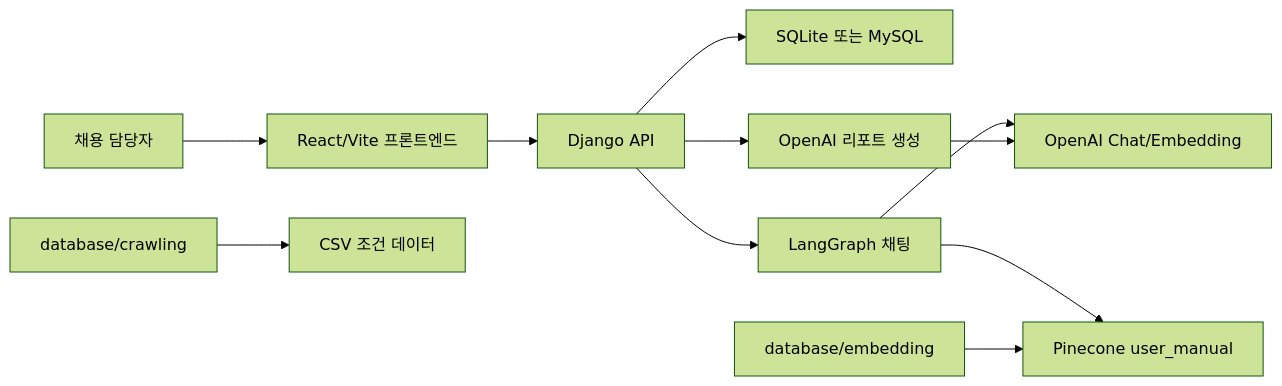
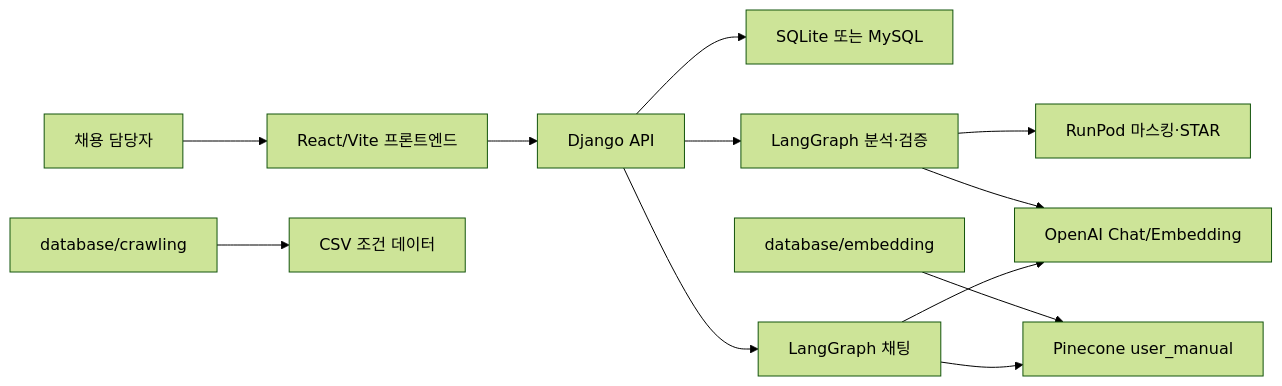
One commit to SKN26-Final-1st/Final_project changed the diagram in docs/02-architecture/system-architecture.md. Above: the diagram before and after it, drawn with Mermaid (forest theme). The commit also changed other lines of this file and 2 other files, not shown here.

First line of the commit message:
docs(architecture): describe current analysis topology

````diff
--- a/docs/02-architecture/system-architecture.md
+++ b/docs/02-architecture/system-architecture.md
@@ -5,13 +5,14 @@
 ```mermaid
 flowchart LR
   User["채용 담당자"] --> Frontend["React/Vite 프론트엔드"]
   Frontend --> Api["Django API"]
   Api --> DB["SQLite 또는 MySQL"]
-  Api --> Report["OpenAI 리포트 생성"]
+  Api --> Report["LangGraph 분석·검증"]
   Api --> ChatGraph["LangGraph 채팅"]
   ChatGraph --> Pinecone["Pinecone user_manual"]
   ChatGraph --> OpenAI["OpenAI Chat/Embedding"]
   Report --> OpenAI
+  Report --> RunPod["RunPod 마스킹·STAR"]
   Crawlers["database/crawling"] --> Csv["CSV 조건 데이터"]
   Notebooks["database/embedding"] --> Pinecone
 ```
````
